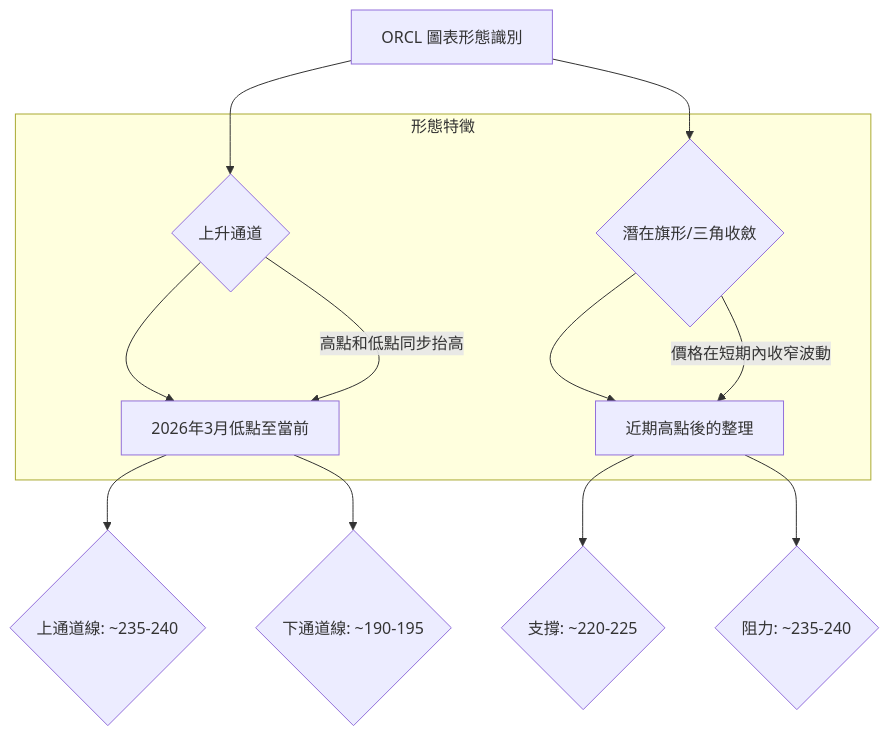
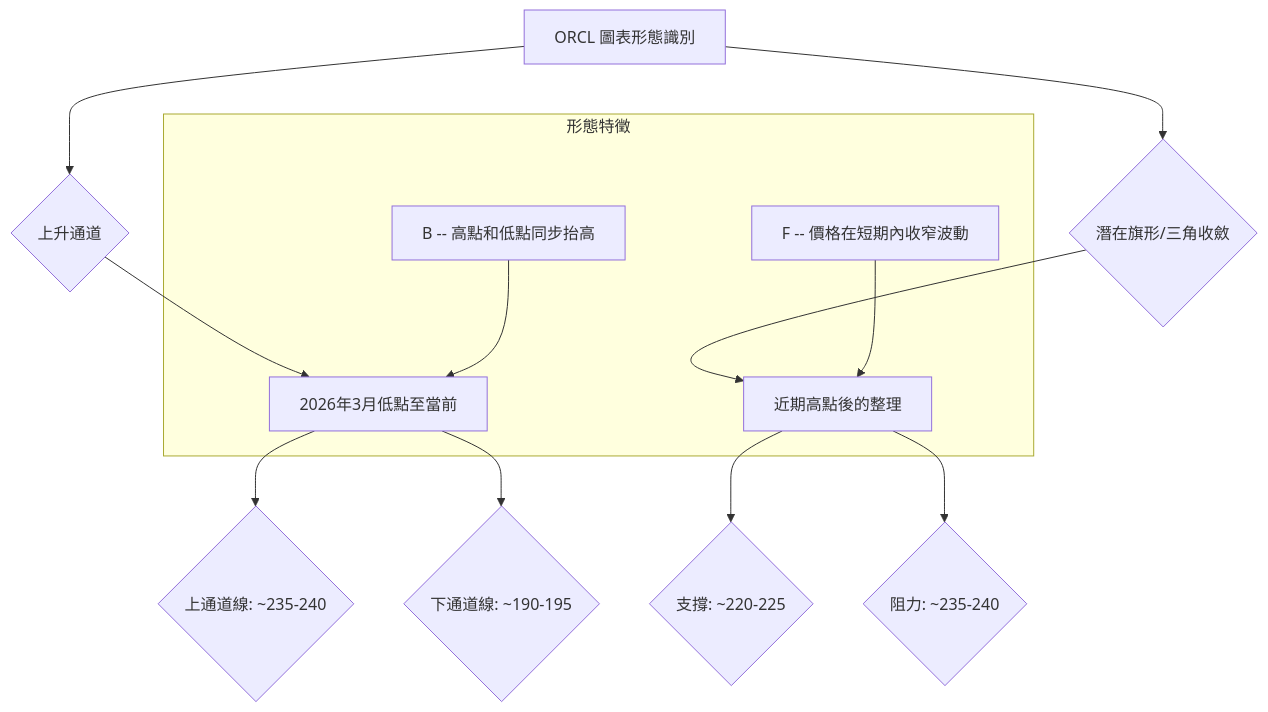
Before and after one commit to yennanliu/finance_data: the fourth of 5 diagrams in ai_gen_report/stock/orcl/technical_analysis_2026-06-05_gemini.md, drawn with Mermaid. The commit also changed other lines of this file and 2258 other files, not shown here.

First line of the commit message:
chore: backfill Mermaid syntax repair across existing reports

````diff
--- a/ai_gen_report/stock/orcl/technical_analysis_2026-06-05_gemini.md
+++ b/ai_gen_report/stock/orcl/technical_analysis_2026-06-05_gemini.md
@@ -257,16 +257,16 @@
 ```mermaid
 graph TD
-    A[ORCL 圖表形態識別] --> B{上升通道}
-    B --> C[2026年3月低點至當前]
-    C --> D{上通道線: ~235-240}
-    C --> E{下通道線: ~190-195}
-    A --> F{潛在旗形/三角收斂}
-    F --> G[近期高點後的整理]
-    G --> H{支撐: ~220-225}
-    G --> I{阻力: ~235-240}
+    A["ORCL 圖表形態識別"] --> B{"上升通道"}
+    B --> C["2026年3月低點至當前"]
+    C --> D{"上通道線: ~235-240"}
+    C --> E{"下通道線: ~190-195"}
+    A --> F{"潛在旗形/三角收斂"}
+    F --> G["近期高點後的整理"]
+    G --> H{"支撐: ~220-225"}
+    G --> I{"阻力: ~235-240"}
 
     subgraph 形態特徵
-        B -- "高點和低點同步抬高" --> C
-        F -- "價格在短期內收窄波動" --> G
+        nb1["B -- "高點和低點同步抬高""] --> C
+        nb2["F -- "價格在短期內收窄波動""] --> G
     end
 ```
````
